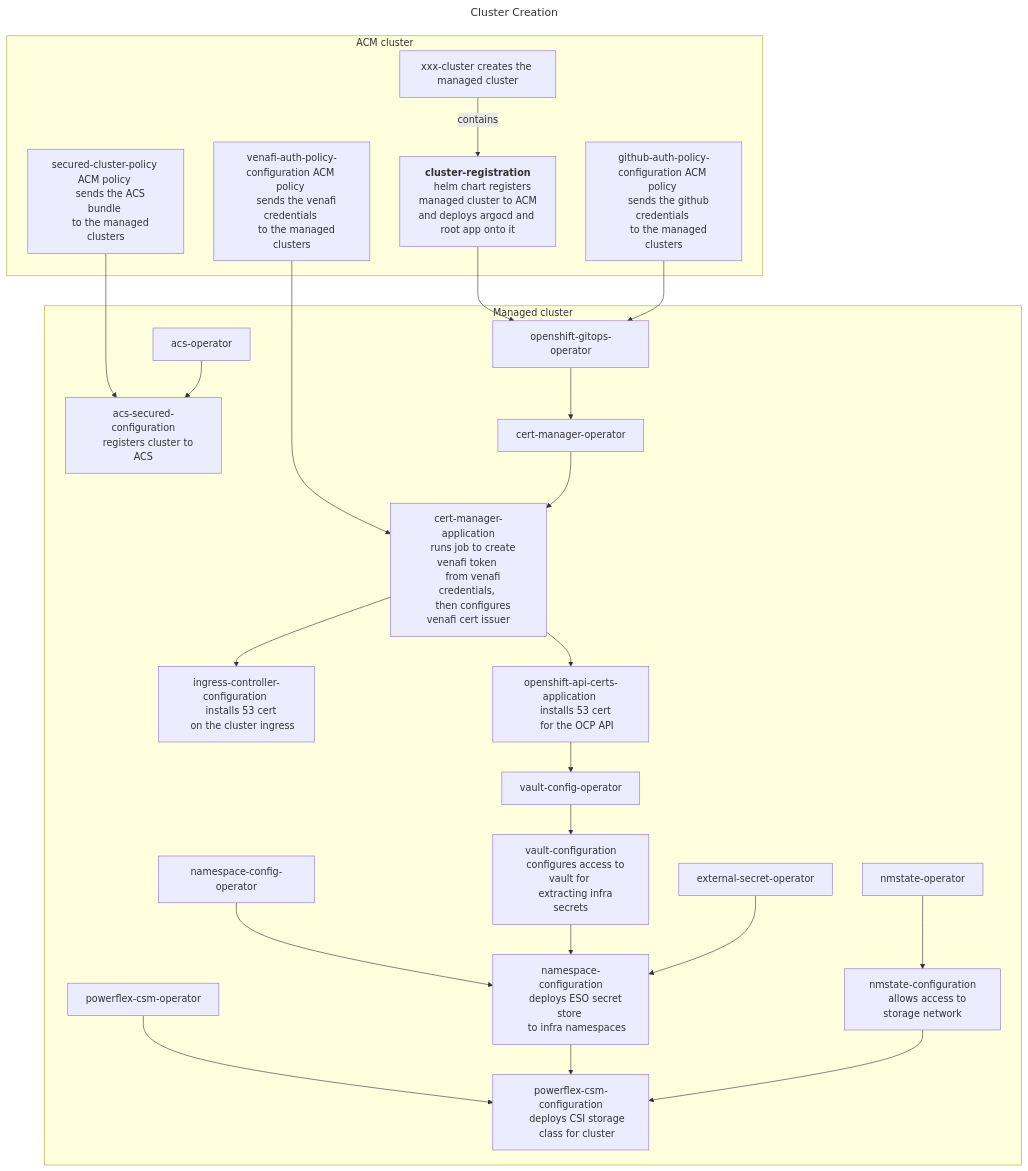
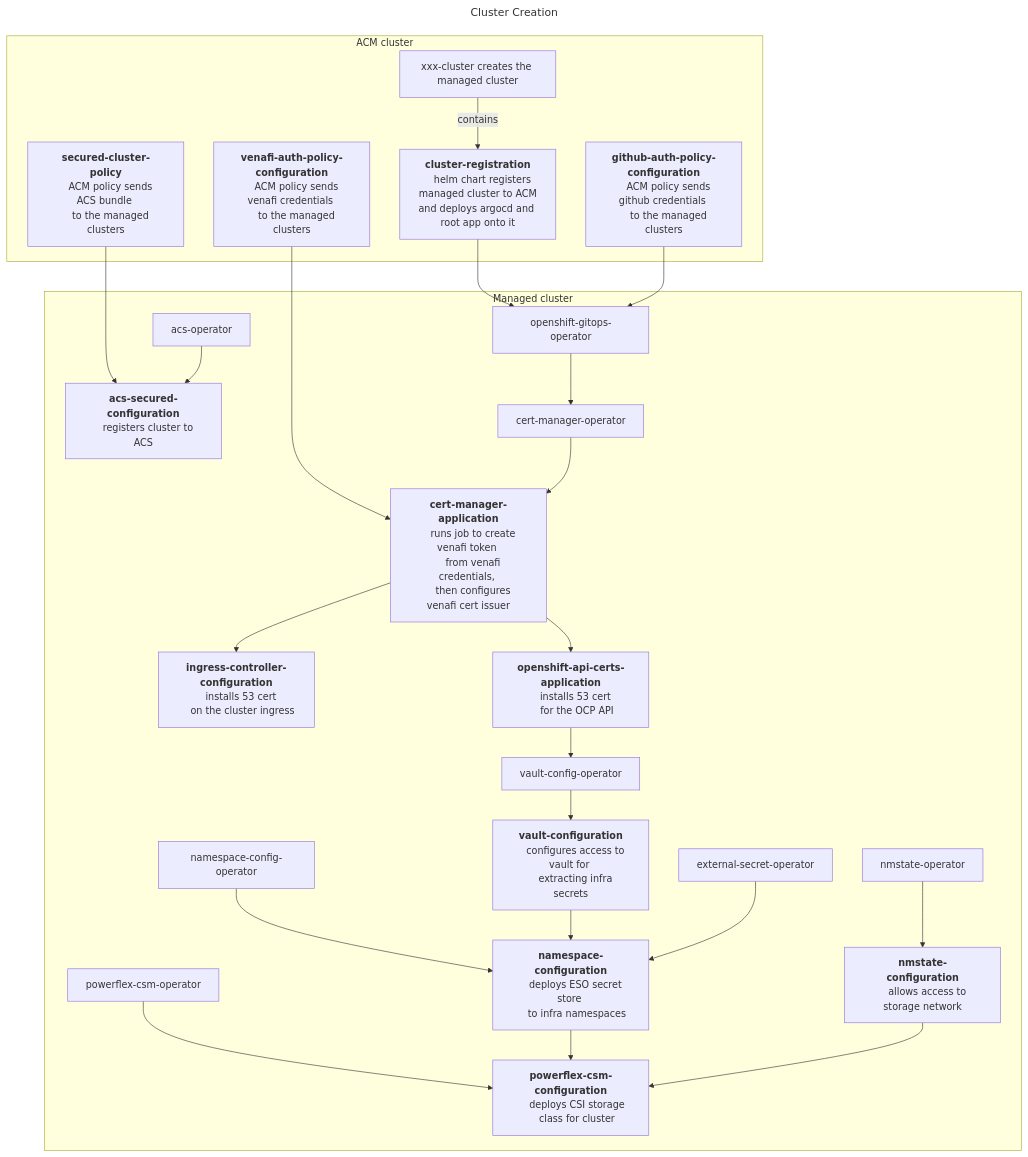
One commit to mmwillingham/acm changed the diagram in test-mermaid/test-mermaid.build.md. Above: the diagram before and after it, drawn with Mermaid.

````diff
--- a/test-mermaid/test-mermaid.build.md
+++ b/test-mermaid/test-mermaid.build.md
@@ -2,65 +2,65 @@
 ```mermaid
 ---
 title: Cluster Creation
 ---
 flowchart TD
     venafi-auth-policy-configuration --> cert-manager-application
     cluster-registration --> openshift-gitops-operator
     github-auth-policy-configuration --> openshift-gitops-operator
     secured-cluster-policy --> acs-secured-configuration
 
   subgraph "ACM cluster"
     xxx-cluster["xxx-cluster creates the managed cluster"] -- contains --> cluster-registration["<b>cluster-registration</b>
     helm chart registers managed cluster to ACM
 and deploys argocd and root app onto it"]
-    venafi-auth-policy-configuration["venafi-auth-policy-configuration ACM policy 
-    sends the venafi credentials 
+    venafi-auth-policy-configuration["<b>venafi-auth-policy-configuration</b>
+    ACM policy sends venafi credentials 
     to the managed clusters"]
-    github-auth-policy-configuration["github-auth-policy-configuration ACM policy 
-    sends the github credentials 
+    github-auth-policy-configuration["<b>github-auth-policy-configuration</b>
+    ACM policy sends github credentials 
     to the managed clusters"]
-    secured-cluster-policy["secured-cluster-policy ACM policy 
-    sends the ACS bundle 
+    secured-cluster-policy["<b>secured-cluster-policy</b>
+    ACM policy sends ACS bundle 
     to the managed clusters"]
   end
 
   subgraph "Managed cluster"
     openshift-gitops-operator --> cert-manager-operator
-    cert-manager-operator --> cert-manager-application["cert-manager-application
+    cert-manager-operator --> cert-manager-application["<b>cert-manager-application</b>
     runs job to create venafi token 
     from venafi credentials, 
     then configures venafi cert issuer"]
-    cert-manager-application --> ingress-controller-configuration["ingress-controller-configuration 
+    cert-manager-application --> ingress-controller-configuration["<b>ingress-controller-configuration</b>
     installs 53 cert 
     on the cluster ingress"]
-    cert-manager-application --> openshift-api-certs-application["openshift-api-certs-application 
+    cert-manager-application --> openshift-api-certs-application["<b>openshift-api-certs-application</b>
     installs 53 cert 
     for the OCP API"]
     openshift-api-certs-application --> vault-config-operator
-    vault-config-operator --> vault-configuration["vault-configuration
+    vault-config-operator --> vault-configuration["<b>vault-configuration</b>
     configures access to vault for 
     extracting infra secrets"]
-    nmstate-operator --> nmstate-configuration["nmstate-configuration
+    nmstate-operator --> nmstate-configuration["<b>nmstate-configuration</b>
     allows access to storage network"]
-    namespace-config-operator --> namespace-configuration["namespace-configuration
+    namespace-config-operator --> namespace-configuration["<b>namespace-configuration</b>
     deploys ESO secret store 
     to infra namespaces"]
     vault-configuration --> namespace-configuration
     external-secret-operator --> namespace-configuration
-    powerflex-csm-operator --> powerflex-csm-configuration["powerflex-csm-configuration
+    powerflex-csm-operator --> powerflex-csm-configuration["<b>powerflex-csm-configuration</b>
     deploys CSI storage
     class for cluster"]
     namespace-configuration --> powerflex-csm-configuration
     nmstate-configuration --> powerflex-csm-configuration
-    acs-operator --> acs-secured-configuration["acs-secured-configuration
+    acs-operator --> acs-secured-configuration["<b>acs-secured-configuration</b>
     registers cluster to ACS"] 
   end
 
 
 
 
 
 
 
 
 ```
````
